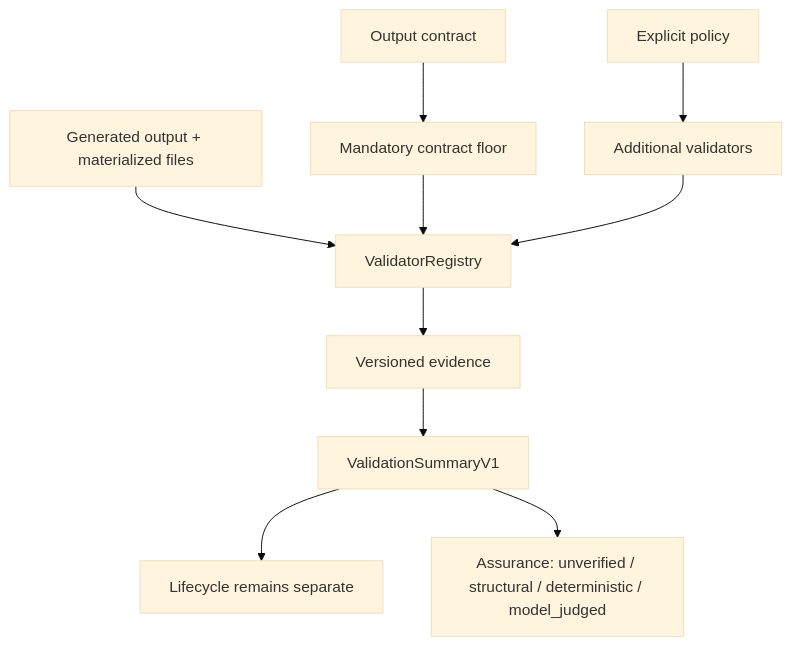
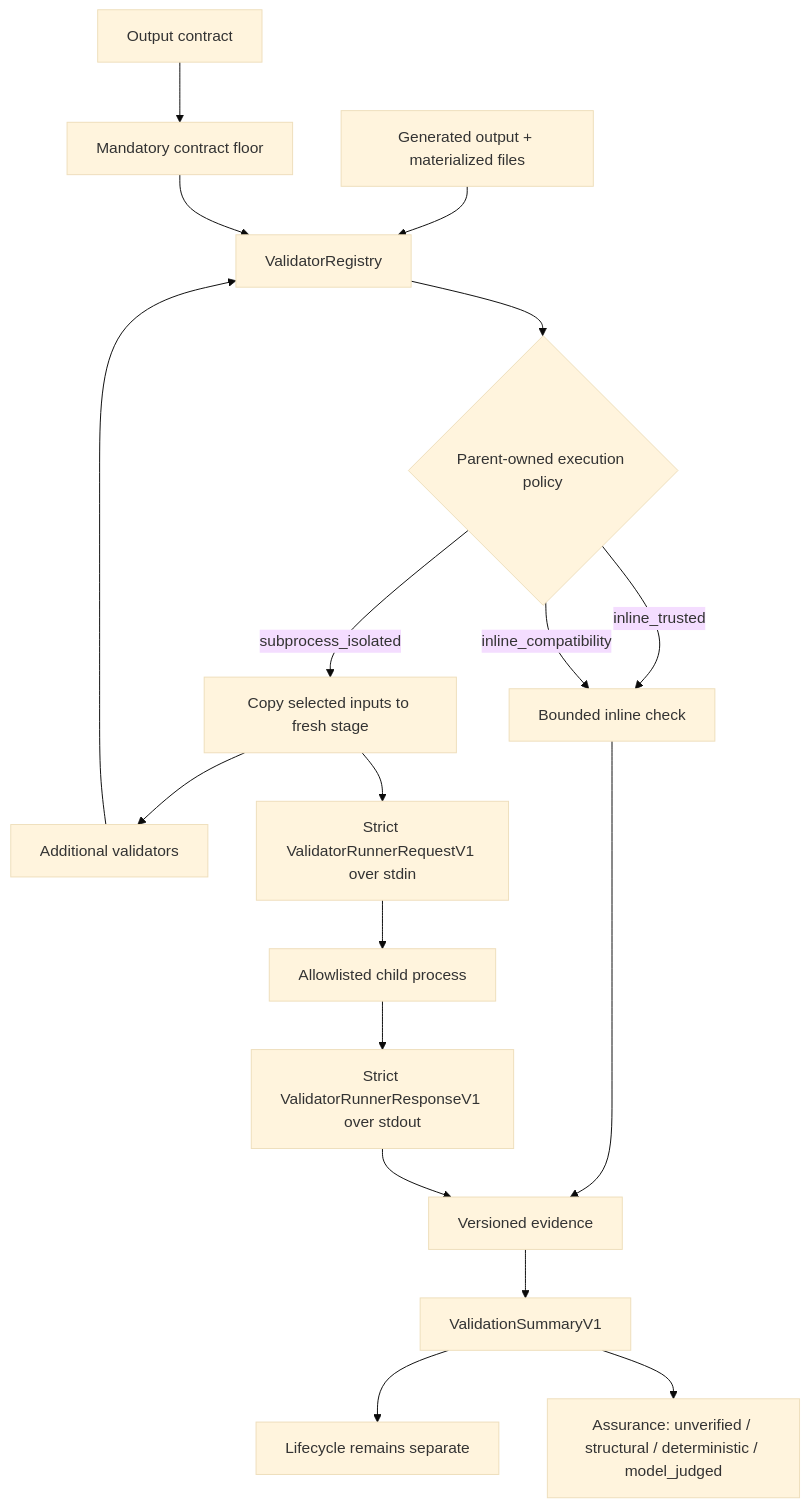
One commit to Jwrightsman/distributed-orchestrator changed the seventh of 9 diagrams in docs/ARCHITECTURE.md. Above: the diagram before and after it, drawn with Mermaid (base theme). The commit also changed other lines of this file and 20 other files, not shown here.

````diff
--- a/docs/ARCHITECTURE.md
+++ b/docs/ARCHITECTURE.md
@@ -387,12 +391,20 @@
 ```mermaid
 flowchart TD
     O[Generated output + materialized files] --> R[ValidatorRegistry]
     C[Output contract] --> F[Mandatory contract floor]
     P[Explicit policy] --> X[Additional validators]
     F --> R
     X --> R
-    R --> E[Versioned evidence]
+    R --> M{Parent-owned execution policy}
+    M -->|inline_trusted| I[Bounded inline check]
+    M -->|inline_compatibility| I
+    M -->|subprocess_isolated| P[Copy selected inputs to fresh stage]
+    P --> Q[Strict ValidatorRunnerRequestV1 over stdin]
+    Q --> U[Allowlisted child process]
+    U --> W[Strict ValidatorRunnerResponseV1 over stdout]
+    I --> E[Versioned evidence]
+    W --> E
     E --> S[ValidationSummaryV1]
     S --> L[Lifecycle remains separate]
     S --> A[Assurance: unverified / structural / deterministic / model_judged]
 ```
````
